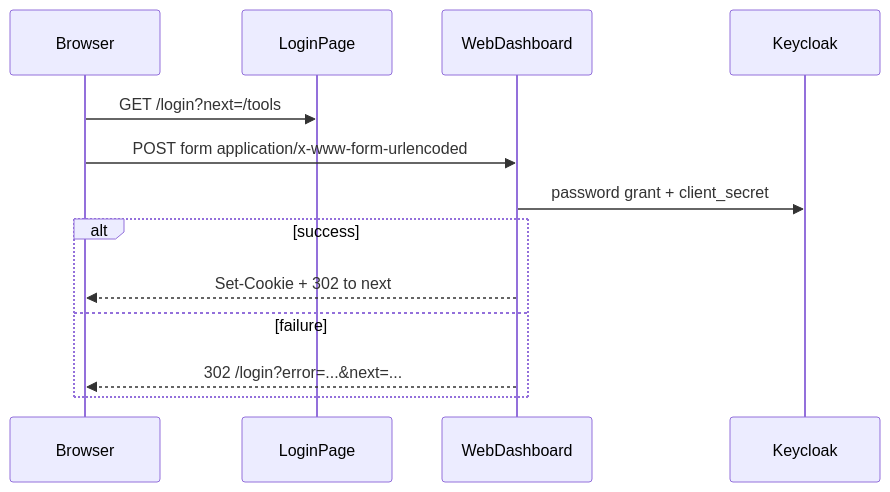
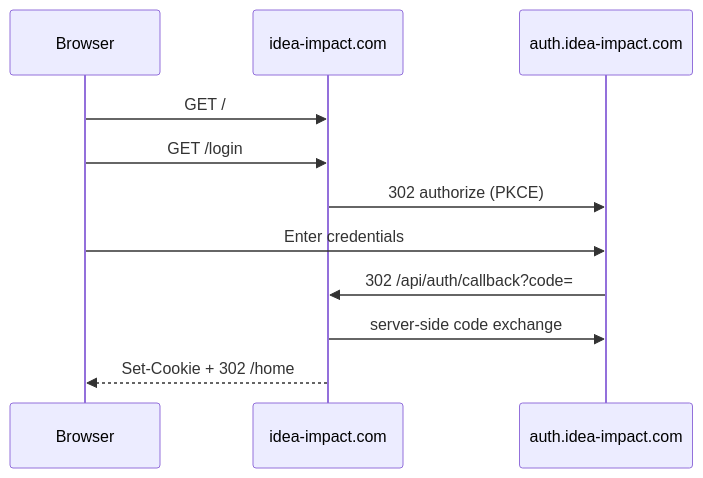
One commit to Boro-Tech-Dev/agx changed the diagram in docs/auth-keycloak.md. Above: the diagram before and after it, drawn with Mermaid. The commit also changed other lines of this file and 2 other files, not shown here.

````diff
--- a/docs/auth-keycloak.md
+++ b/docs/auth-keycloak.md
@@ -38,15 +38,13 @@
 ```mermaid
 sequenceDiagram
   participant Browser
-  participant LoginPage
-  participant WebDashboard
-  participant Keycloak
-  Browser->>LoginPage: GET /login?next=/tools
-  Browser->>WebDashboard: POST form application/x-www-form-urlencoded
-  WebDashboard->>Keycloak: password grant + client_secret
-  alt success
-    WebDashboard-->>Browser: Set-Cookie + 302 to next
-  else failure
-    WebDashboard-->>Browser: 302 /login?error=...&next=...
-  end
+  participant Dashboard as idea-impact.com
+  participant KC as auth.idea-impact.com
+  Browser->>Dashboard: GET /
+  Browser->>Dashboard: GET /login
+  Dashboard->>KC: 302 authorize (PKCE)
+  Browser->>KC: Enter credentials
+  KC->>Dashboard: 302 /api/auth/callback?code=
+  Dashboard->>KC: server-side code exchange
+  Dashboard-->>Browser: Set-Cookie + 302 /home
 ```
````
